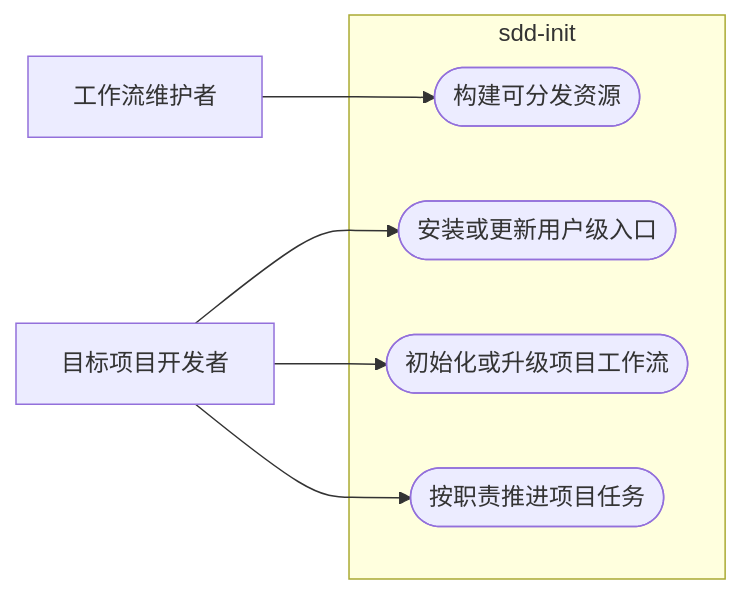
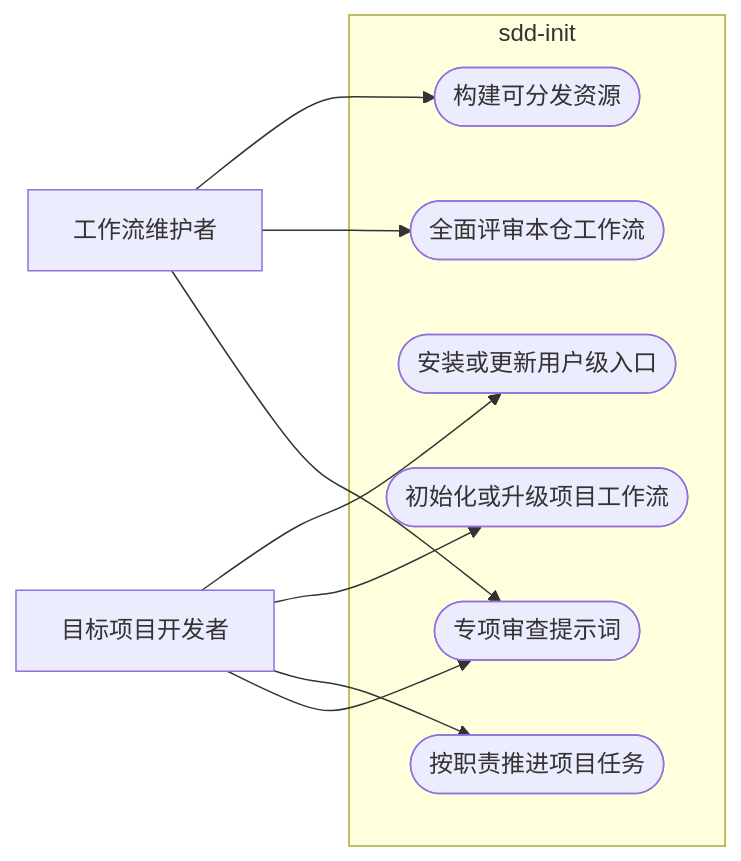
The first of 3 diagrams in docs/blueprint.md (bigsmartben/sdd-init), drawn with Mermaid before and after one commit. The commit also changed other lines of this file and 701 other files, not shown here.

````diff
--- a/docs/blueprint.md
+++ b/docs/blueprint.md
@@ -27,17 +29,22 @@
 ```mermaid
 flowchart LR
   Maintainer["工作流维护者"]
   Developer["目标项目开发者"]
 
   subgraph SddInit["sdd-init"]
     Build(["构建可分发资源"])
     Install(["安装或更新用户级入口"])
     Init(["初始化或升级项目工作流"])
     Work(["按职责推进项目任务"])
+    Review(["全面评审本仓工作流"])
+    Prompt(["专项审查提示词"])
   end
 
   Maintainer --> Build
+  Maintainer --> Review
+  Maintainer --> Prompt
   Developer --> Install
   Developer --> Init
   Developer --> Work
+  Developer --> Prompt
 ```
````
